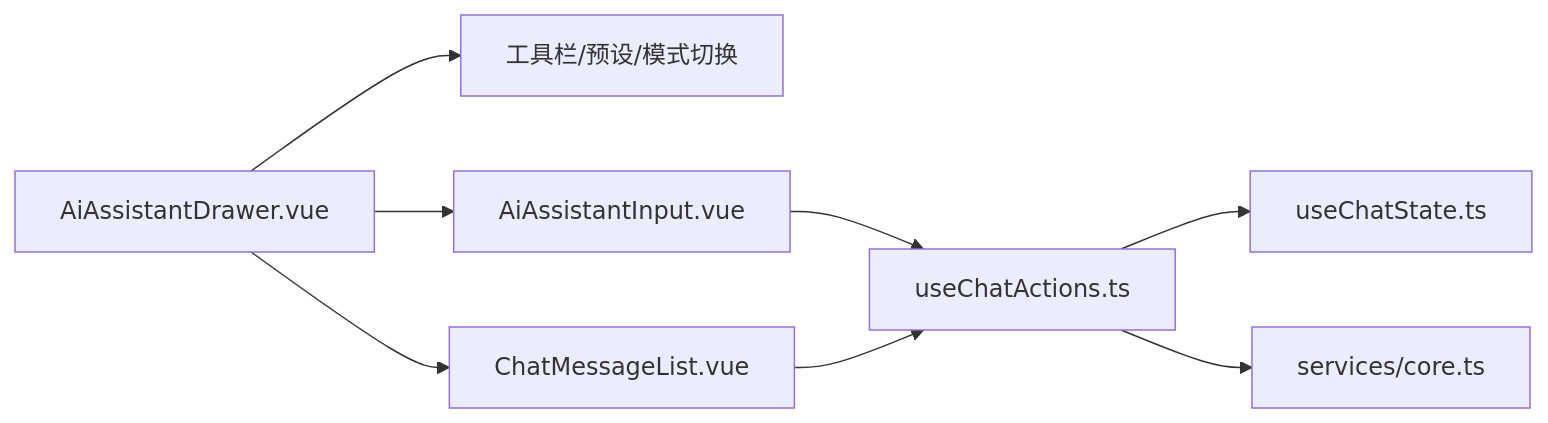
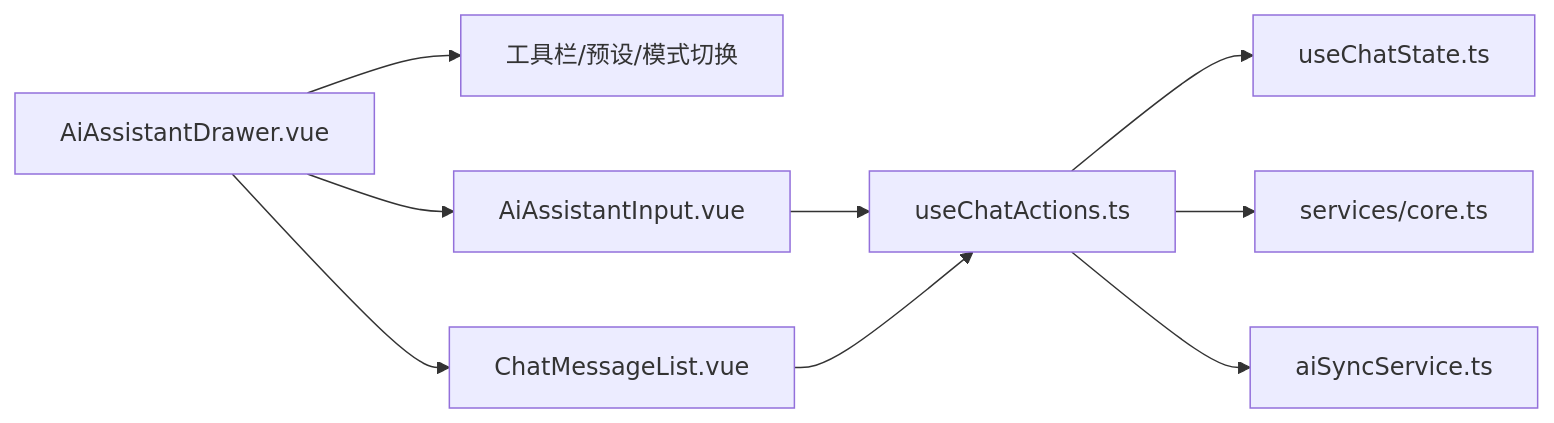
The ninth of 12 diagrams in .qoder/repowiki/zh/content/核心模块/AI助手系统/AI助手系统.md (xixixiaoyu/Todo), drawn with Mermaid before and after one commit. The commit also changed other lines of this file and 12 other files, not shown here.

````diff
--- a/.qoder/repowiki/zh/content/核心模块/AI助手系统/AI助手系统.md
+++ b/.qoder/repowiki/zh/content/核心模块/AI助手系统/AI助手系统.md
@@ -407,10 +494,11 @@
 ```mermaid
 graph LR
 Drawer["AiAssistantDrawer.vue"] --> Toolbar["工具栏/预设/模式切换"]
 Drawer --> Input["AiAssistantInput.vue"]
 Drawer --> List["ChatMessageList.vue"]
 Input --> Actions["useChatActions.ts"]
 List --> Actions
 Actions --> State["useChatState.ts"]
 Actions --> Core["services/core.ts"]
+Actions --> Sync["aiSyncService.ts"]
 ```
````
